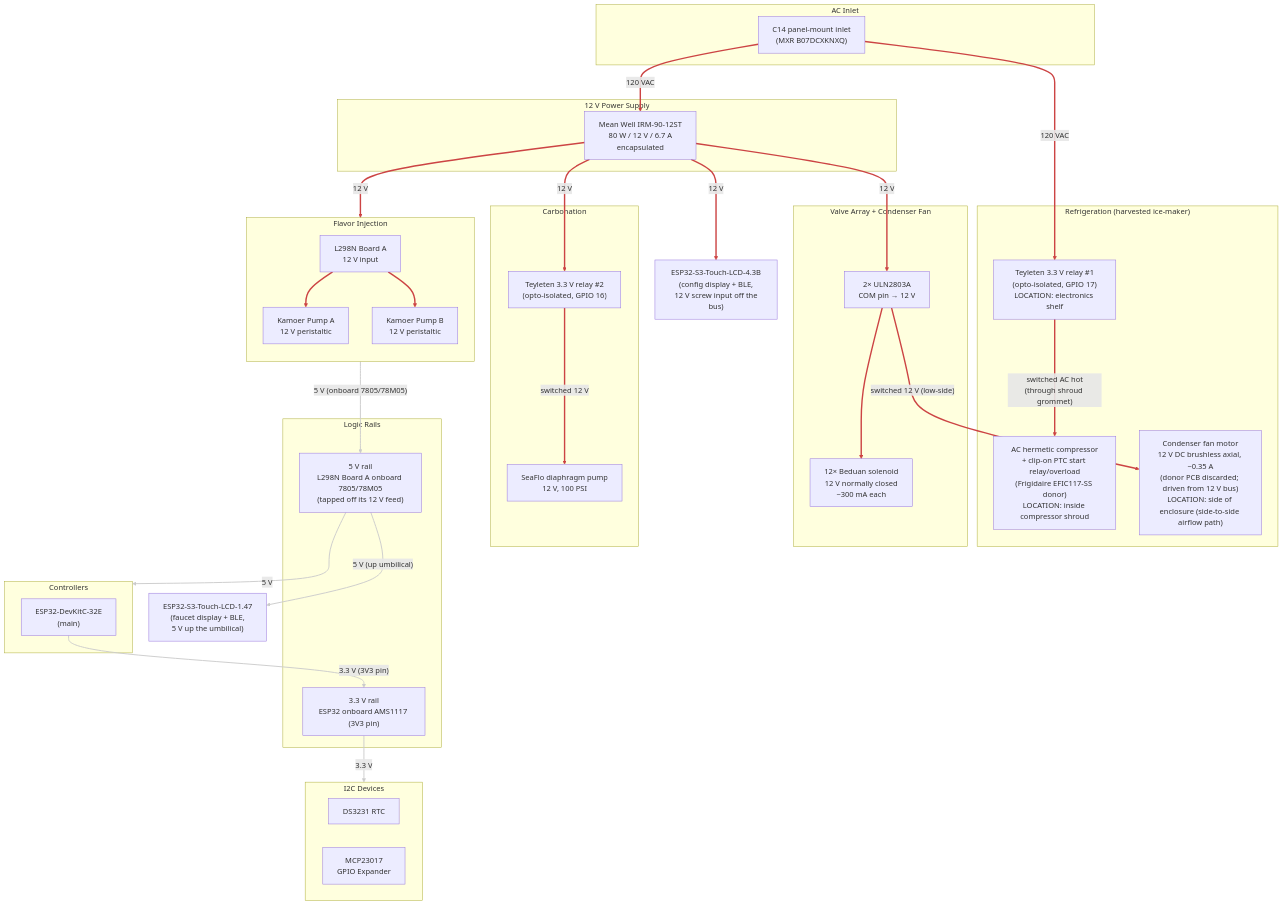
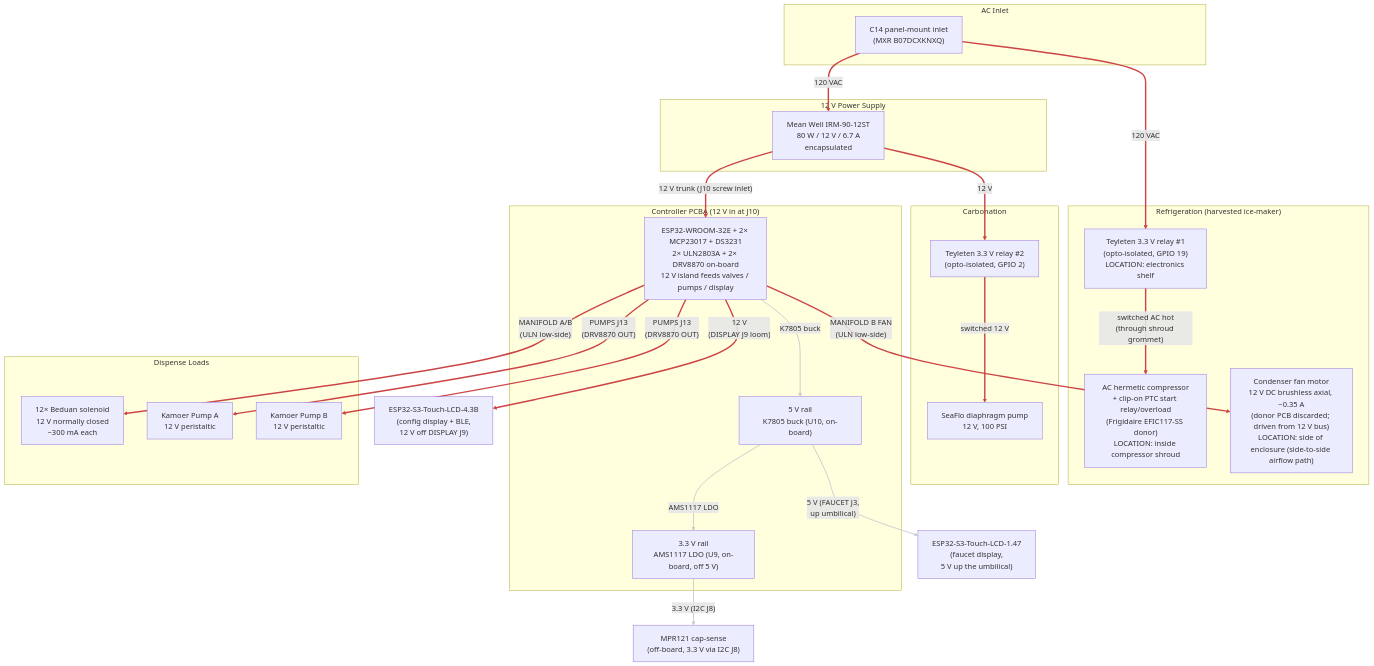
One commit to derekbreden/homesodamachine changed the diagram in hardware/wiring/power.mmd. Above: the diagram before and after it, drawn with Mermaid. The commit also changed 5 other files, not shown here.

First line of the commit message:
pcba: audit sweep — docs describe the as-wired truth, the version stamp earns its +

```diff
--- a/hardware/wiring/power.mmd
+++ b/hardware/wiring/power.mmd
@@ -1,137 +1,126 @@
 flowchart TD
 
   %% Power Distribution (current plan).
   %% 120 VAC mains in via C14 inlet; Mean Well 12 V PSU supplies the
   %% 12 V bus for everything except the compressor itself, which runs
-  %% on switched mains via Teyleten relay #1 (ESP32 GPIO 17). The 12 V
-  %% diaphragm pump is gated by Teyleten relay #2 (ESP32 GPIO 16) so
-  %% firmware can keep refill off during an active dispense.
-  %% The 5 V logic rail is the L298N Board A onboard 7805/78M05, made
-  %% from the 12 V at its VS input; it powers the base ESP32, the relay
-  %% VCC, and the faucet display (5 V up the umbilical). The ESP32's
-  %% onboard AMS1117 supplies 3.3 V on its 3V3
-  %% pin to the I2C devices.
+  %% on switched mains via Teyleten relay #1 (PCBA RELAYS J5, ESP32
+  %% GPIO 19). The 12 V diaphragm pump is gated by Teyleten relay #2
+  %% (PCBA RELAYS J5, ESP32 GPIO 2) so firmware can keep refill off
+  %% during an active dispense. Both relay modules take their coil/opto
+  %% 5 V from RELAYS J5.
+  %% The 12 V bus feeds the controller PCBA at its screw inlet (J10).
+  %% The board makes its own logic rails — 5 V from the on-board K7805
+  %% buck (U10), 3.3 V from the on-board AMS1117 LDO (U9, off the 5 V
+  %% rail) — and carries the WROOM, both MCP23017s, the RTC, both
+  %% ULN2803As, and the two DRV8870 pump H-bridges. Off-board 12 V
+  %% loads draw through the board: solenoid valves + condenser fan
+  %% through the ULN channels (MANIFOLD A/B), peristaltic pumps through
+  %% the DRV8870s (PUMPS J13), and the 4.3B config display through its
+  %% loom connector (DISPLAY J9 carries RS485 + 12 V). The faucet
+  %% display takes 5 V up the umbilical (FAUCET J3); the sensor loom
+  %% (SENSORS J4) and the MQ-6 heater (GAS J11) draw 5 V / 3.3 V off
+  %% the same on-board rails.
   %% Physical placement:
-  %% - The C14 inlet, AC distribution, PSU, both Teyleten relays, the
-  %%   ESP32, MCP23017, ULN2803A pair, and L298N all sit on a single
-  %%   electronics shelf at the top-back of the enclosure, behind the
-  %%   rear-panel C14 inlet.
+  %% - The C14 inlet, AC distribution, PSU, both Teyleten relays, and
+  %%   the controller PCBA sit on a single electronics shelf at the
+  %%   top-back of the enclosure, behind the rear-panel C14 inlet.
   %% - The compressor sits middle-bottom inside a fire-rated metal
   %%   shroud (because the appliance is going into kitchens used by
   %%   friends, family, and customers the founder knows by name, and
   %%   safe handling of the R-600a charge is what UL 60335-2-89
   %%   actually requires); its clip-on PTC start relay + overload
   %%   module is co-located with the compressor body inside the shroud.
   %% - Teyleten relay #1 stays on the SHELF, OUTSIDE the shroud.
   %%   Only switched AC enters the shroud (one wire bundle through one
   %%   grommet: switched H + N + chassis G). This avoids placing an
   %%   arcing contact inside the protected hydrocarbon-refrigerant
   %%   compartment.
   %% - The condenser fan motor is on the side of the enclosure
   %%   (the side-to-side intake → condenser → exhaust airflow path)
   %%   and is OUTSIDE the shroud. It is a 12 V DC brushless axial
   %%   fan: the donor ice maker's own PCB regulated mains to 12 V
   %%   to drive it (factory wiring was never AC on the fan itself),
   %%   so on harvest we discard the donor PCB and drive the fan
   %%   from our own 12 V bus. Low-side switched via one channel of
-  %%   ULN2803A #2 driven from MCP23017 0x21 PA3 — same pattern as
-  %%   the solenoid valves. Firmware turns it on/off in lockstep
-  %%   with the compressor.
+  %%   ULN2803A #2 (MANIFOLD B FAN pin, driven from MCP23017 0x21
+  %%   PA3) — same pattern as the solenoid valves. Firmware turns it
+  %%   on/off in lockstep with the compressor.
   %% See `ac-wiring-schedule.md` for run-by-run gauges + lengths and
   %% `../cut-parts/compressor-shroud/` for the shroud part.
 
   subgraph AC_Inlet["AC Inlet"]
     C14["C14 panel-mount inlet\n(MXR B07DCXKNXQ)"]
   end
 
   subgraph Supply["12 V Power Supply"]
     PSU["Mean Well IRM-90-12ST\n80 W / 12 V / 6.7 A\nencapsulated"]
   end
 
   subgraph Refrigeration["Refrigeration  (harvested ice-maker)"]
-    RELAY["Teyleten 3.3 V relay #1\n(opto-isolated, GPIO 17)\nLOCATION: electronics shelf"]
+    RELAY["Teyleten 3.3 V relay #1\n(opto-isolated, GPIO 19)\nLOCATION: electronics shelf"]
     COMP_AC["AC hermetic compressor\n+ clip-on PTC start relay/overload\n(Frigidaire EFIC117-SS donor)\nLOCATION: inside compressor shroud"]
     COND_FAN["Condenser fan motor\n12 V DC brushless axial, ~0.35 A\n(donor PCB discarded; driven from 12 V bus)\nLOCATION: side of enclosure (side-to-side airflow path)"]
-    RELAY ==>|"switched AC hot\n(through shroud grommet)"| COMP_AC
-  end
-
-  subgraph Valve_Power["Valve Array + Condenser Fan"]
-    ULN["2× ULN2803A\nCOM pin → 12 V"]
-    VALVES["12× Beduan solenoid\n12 V normally closed\n~300 mA each"]
-    ULN ==> VALVES
   end
 
   subgraph Carbonation["Carbonation"]
-    DIA_RELAY["Teyleten 3.3 V relay #2\n(opto-isolated, GPIO 16)"]
+    DIA_RELAY["Teyleten 3.3 V relay #2\n(opto-isolated, GPIO 2)"]
     DIA_PUMP["SeaFlo diaphragm pump\n12 V, 100 PSI"]
-    DIA_RELAY ==>|"switched 12 V"| DIA_PUMP
   end
 
-  subgraph Regulation["Logic Rails"]
-    REG_5V["5 V rail\nL298N Board A onboard 7805/78M05\n(tapped off its 12 V feed)"]
-    REG_3V3["3.3 V rail\nESP32 onboard AMS1117 (3V3 pin)"]
+  subgraph Board["Controller PCBA  (12 V in at J10)"]
+    PCBA["ESP32-WROOM-32E + 2× MCP23017 + DS3231\n2× ULN2803A + 2× DRV8870 on-board\n12 V island feeds valves / pumps / display"]
+    REG_5V["5 V rail\nK7805 buck (U10, on-board)"]
+    REG_3V3["3.3 V rail\nAMS1117 LDO (U9, on-board, off 5 V)"]
   end
 
-  subgraph Flavor["Flavor Injection"]
-    direction TB
-    L298["L298N Board A\n12 V input"]
+  subgraph Dispense["Dispense Loads"]
+    VALVES["12× Beduan solenoid\n12 V normally closed\n~300 mA each"]
     PUMP_A["Kamoer Pump A\n12 V peristaltic"]
     PUMP_B["Kamoer Pump B\n12 V peristaltic"]
-    L298 ==> PUMP_A
-    L298 ==> PUMP_B
   end
 
-  %% Condenser fan rides the same low-side switching pattern as the
-  %% solenoid valves: one ULN2803A #2 channel (driven from MCP23017
-  %% 0x21 PA3) sinks the fan's return when commanded. Crossing the
-  %% subgraph boundary is intentional — the fan is semantically part
-  %% of Refrigeration, but its switching topology is the valve pattern.
-  ULN ==>|"switched 12 V (low-side)"| COND_FAN
+  CFG["ESP32-S3-Touch-LCD-4.3B\n(config display + BLE,\n 12 V off DISPLAY J9)"]
 
-  subgraph MCUs["Controllers"]
-    ESP32["ESP32-DevKitC-32E\n(main)"]
-  end
+  FAUCET["ESP32-S3-Touch-LCD-1.47\n(faucet display,\n 5 V up the umbilical)"]
 
-  CFG["ESP32-S3-Touch-LCD-4.3B\n(config display + BLE,\n 12 V screw input off the bus)"]
-
-  FAUCET["ESP32-S3-Touch-LCD-1.47\n(faucet display + BLE,\n 5 V up the umbilical)"]
-
-  subgraph I2C_Devices["I2C Devices"]
-    RTC["DS3231 RTC"]
-    MCP["MCP23017\nGPIO Expander"]
-  end
+  MPR["MPR121 cap-sense\n(off-board, 3.3 V via I2C J8)"]
 
   %% AC distribution (hot leg)
   C14 ==>|"120 VAC"| RELAY
   C14 ==>|"120 VAC"| PSU
+  RELAY ==>|"switched AC hot\n(through shroud grommet)"| COMP_AC
 
   %% 12 V distribution
+  PSU ==>|"12 V trunk (J10 screw inlet)"| PCBA
   PSU ==>|"12 V"| DIA_RELAY
-  PSU ==>|"12 V"| L298
-  PSU ==>|"12 V"| ULN
-  PSU ==>|"12 V"| CFG
+  DIA_RELAY ==>|"switched 12 V"| DIA_PUMP
+  PCBA ==>|"MANIFOLD A/B\n(ULN low-side)"| VALVES
+  PCBA ==>|"MANIFOLD B FAN\n(ULN low-side)"| COND_FAN
+  PCBA ==>|"PUMPS J13\n(DRV8870 OUT)"| PUMP_A
+  PCBA ==>|"PUMPS J13\n(DRV8870 OUT)"| PUMP_B
+  PCBA ==>|"12 V\n(DISPLAY J9 loom)"| CFG
 
-  %% Logic rails (derived on-board, not dedicated parts)
-  L298 -->|"5 V (onboard 7805/78M05)"| REG_5V
-  REG_5V -->|"5 V"| MCUs
-  REG_5V -->|"5 V (up umbilical)"| FAUCET
-  ESP32 -->|"3.3 V (3V3 pin)"| REG_3V3
-  REG_3V3 -->|"3.3 V"| I2C_Devices
+  %% Logic rails (made on the PCBA)
+  PCBA -->|"K7805 buck"| REG_5V
+  REG_5V -->|"5 V (FAUCET J3,\n up umbilical)"| FAUCET
+  REG_5V -->|"AMS1117 LDO"| REG_3V3
+  REG_3V3 -->|"3.3 V (I2C J8)"| MPR
 
   %% Power paths (red, thick).
-  %% 0    = relay #1 -> compressor (switched AC, through shroud)
-  %% 1    = Teyleten relay #2 -> diaphragm pump (switched 12 V)
-  %% 2-3  = L298 -> peristaltic pumps
-  %% 4    = ULN2803A -> solenoid valves
-  %% 5    = ULN2803A -> condenser fan (switched 12 V, low-side)
-  %% 6-7  = C14 -> relay #1, C14 -> PSU (AC mains)
-  %% 8-10 = PSU 12 V trunk to diaphragm relay, L298N, ULN2803A
-  %% 11   = PSU 12 V -> 4.3B config display
-  linkStyle 0,1,2,3,4,5,6,7,8,9,10,11 stroke:#c44,stroke-width:3px
-  %% Logic rails (5 V, 3.3 V), derived on-board: white workhorse.
-  %% 12 = L298N onboard reg -> 5 V rail
-  %% 13 = 5 V rail -> base ESP32
-  %% 14 = 5 V rail -> faucet display (up umbilical)
-  %% 15 = ESP32 onboard AMS1117 (3V3 pin) -> 3.3 V rail
-  %% 16 = 3.3 V rail -> I2C devices
-  linkStyle 12,13,14,15,16 stroke:#ccc,stroke-width:2px
+  %% 0    = C14 -> relay #1 (AC mains)
+  %% 1    = C14 -> PSU (AC mains)
+  %% 2    = relay #1 -> compressor (switched AC, through shroud)
+  %% 3    = PSU 12 V trunk -> PCBA (J10)
+  %% 4    = PSU 12 V -> diaphragm relay #2
+  %% 5    = relay #2 -> diaphragm pump (switched 12 V)
+  %% 6    = PCBA -> solenoid valves (ULN low-side)
+  %% 7    = PCBA -> condenser fan (ULN low-side)
+  %% 8-9  = PCBA -> peristaltic pumps (DRV8870)
+  %% 10   = PCBA -> 4.3B config display (12 V off J9)
+  linkStyle 0,1,2,3,4,5,6,7,8,9,10 stroke:#c44,stroke-width:3px
+  %% Logic rails (5 V, 3.3 V), made on the PCBA: white workhorse.
+  %% 11 = K7805 buck -> 5 V rail
+  %% 12 = 5 V rail -> faucet display (up umbilical)
+  %% 13 = AMS1117 -> 3.3 V rail
+  %% 14 = 3.3 V rail -> off-board MPR121 (I2C header)
+  linkStyle 11,12,13,14 stroke:#ccc,stroke-width:2px
```
